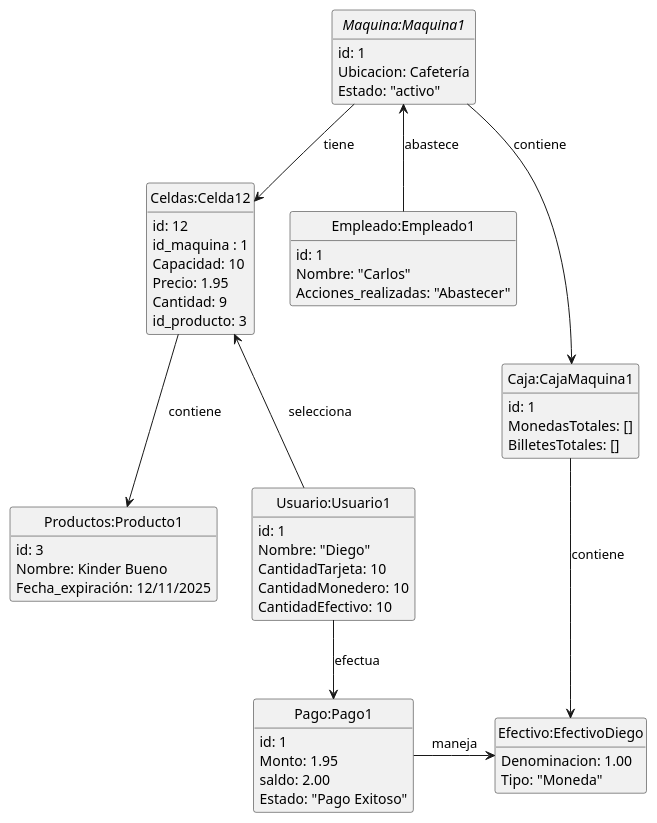
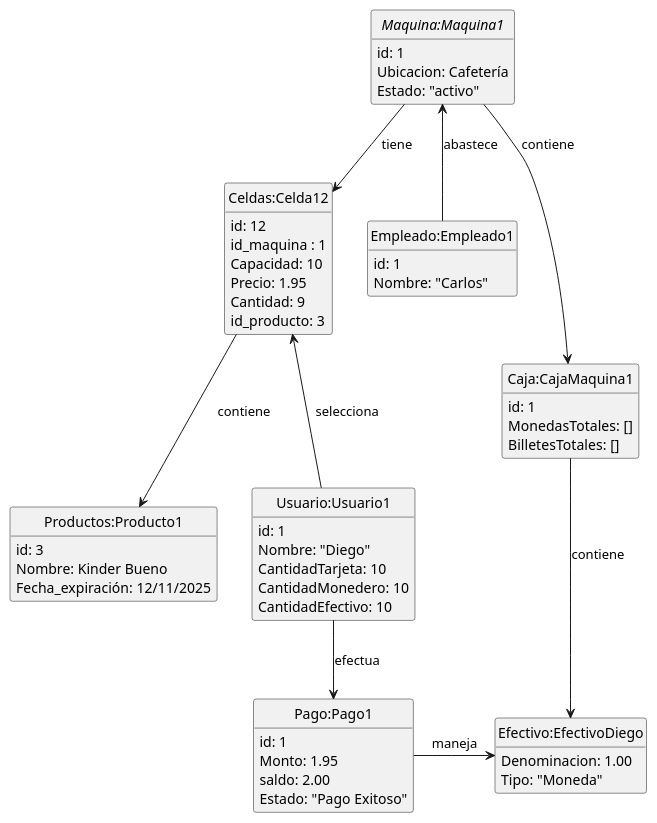
One commit to mmasias/24-25-IdSw2-SDD changed the diagram in documentos/modeloDeDominio/diagramaDeObjetos/diagramaDeObjetos.puml. Above: the diagram before and after it, drawn with PlantUML. The commit also changed 2 other files, not shown here.

Commit message:
Remove 'Acciones_realizadas' attribute from Empleado class in UML diagram and update SVG representation. Add Empleado class implementation in Java.

```diff
--- a/documentos/modeloDeDominio/diagramaDeObjetos/diagramaDeObjetos.puml
+++ b/documentos/modeloDeDominio/diagramaDeObjetos/diagramaDeObjetos.puml
@@ -1,71 +1,70 @@
 @startuml diagramaDeObjetos
 hide empty members
 hide circle
 abstract "Maquina:Maquina1"{
     id: 1
     Ubicacion: Cafetería
     Estado: "activo"
 }
 
 class "Celdas:Celda12"{
     id: 12
     id_maquina : 1
     Capacidad: 10
     Precio: 1.95
     Cantidad: 9
     id_producto: 3
 }
 
 class "Productos:Producto1"{
     id: 3
     Nombre: Kinder Bueno
     Fecha_expiración: 12/11/2025
 }
 
 
 class "Usuario:Usuario1"{
     id: 1
     Nombre: "Diego"
     CantidadTarjeta: 10
     CantidadMonedero: 10
     CantidadEfectivo: 10
 }
 
 
 class "Pago:Pago1"{
     id: 1
     Monto: 1.95
     saldo: 2.00
     Estado: "Pago Exitoso"
 }
 
 class "Empleado:Empleado1"{
    id: 1
    Nombre: "Carlos"
-   Acciones_realizadas: "Abastecer"
 
 }
 
 class "Caja:CajaMaquina1"{
     id: 1
     MonedasTotales: []
     BilletesTotales: []
 }
 
 class "Efectivo:EfectivoDiego"{
     Denominacion: 1.00
     Tipo: "Moneda"
 }
 
 
 
 "Maquina:Maquina1" --> "Celdas:Celda12" : tiene
 "Celdas:Celda12" --> "Productos:Producto1" : contiene
 "Usuario:Usuario1" -U-> "Celdas:Celda12" : selecciona
 "Usuario:Usuario1" --> "Pago:Pago1" : efectua
 "Empleado:Empleado1" -U-> "Maquina:Maquina1" : abastece
 "Pago:Pago1" -R-> "Efectivo:EfectivoDiego" : maneja
 "Maquina:Maquina1" --> "Caja:CajaMaquina1" : contiene
 "Caja:CajaMaquina1" --> "Efectivo:EfectivoDiego" : contiene
 
 @enduml
```
